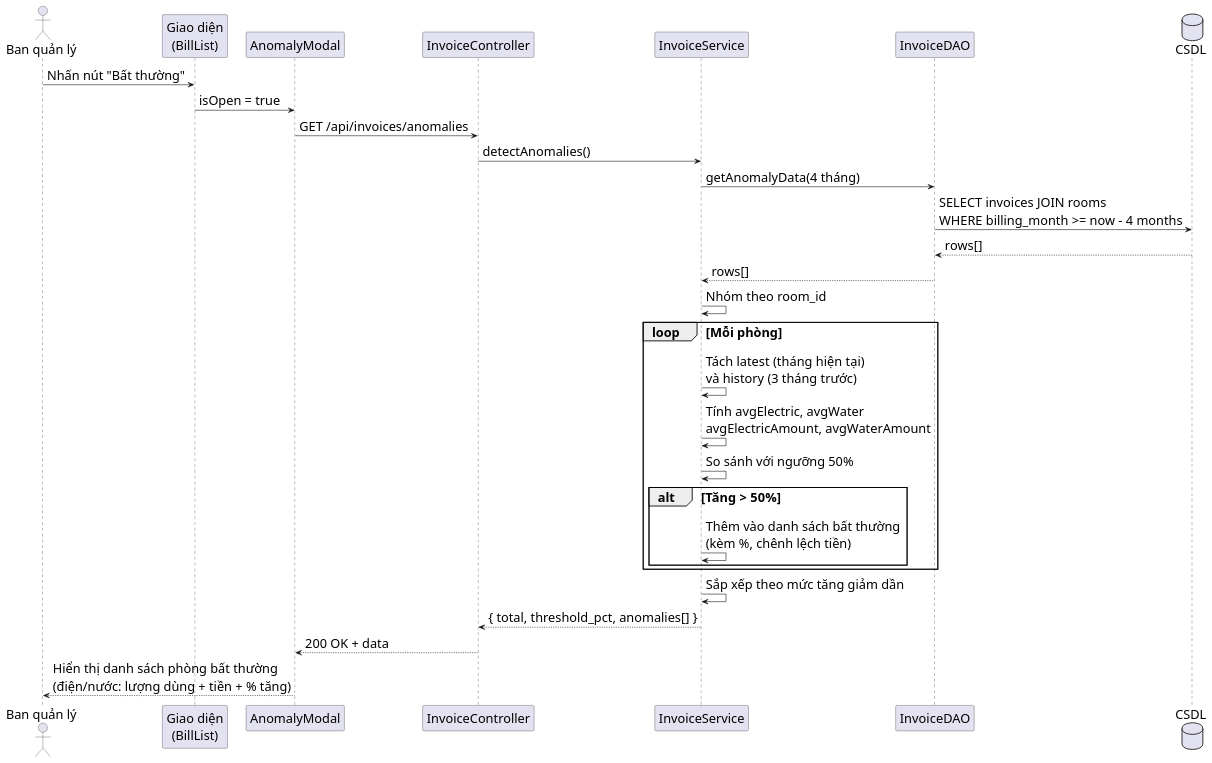
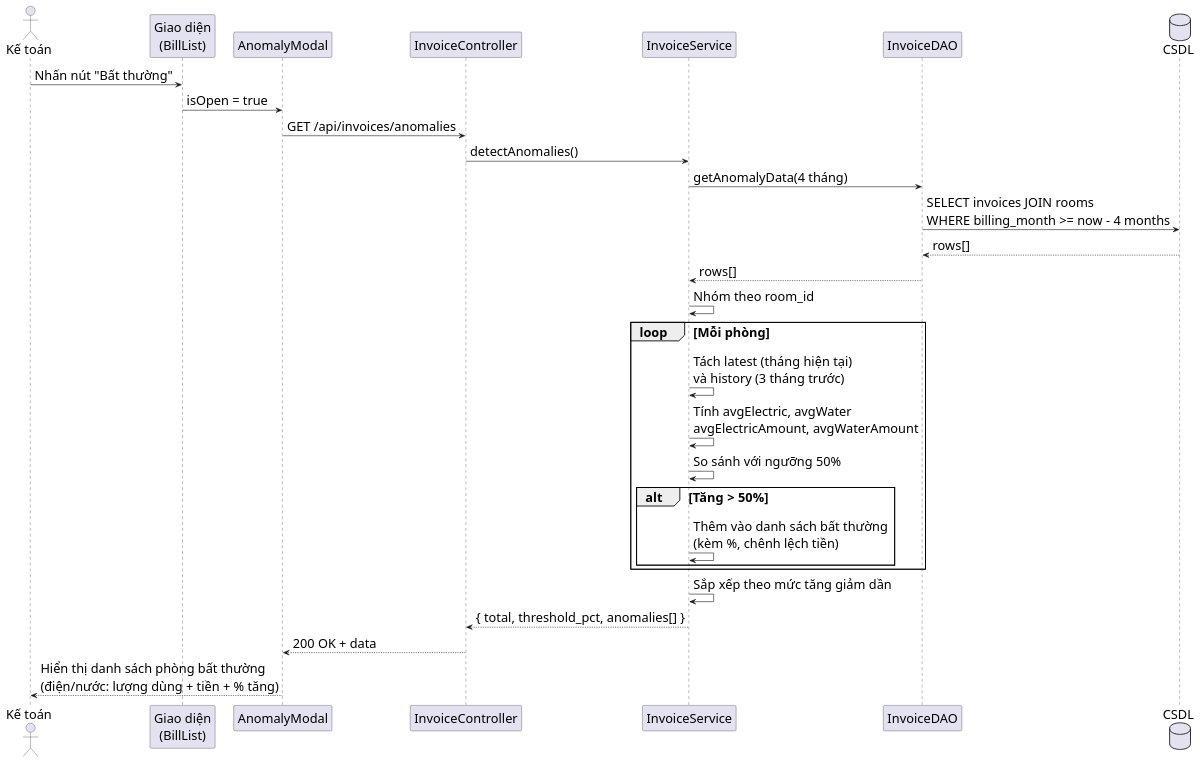
One commit to s0nbuildtech287/dormitory-frontend changed the diagram in diagrams/nhomhoadonthanhtoan/anomaly_detect_sequence.puml. Above: the diagram before and after it, drawn with PlantUML. The commit also changed 5 other files, not shown here.

```diff
--- a/diagrams/nhomhoadonthanhtoan/anomaly_detect_sequence.puml
+++ b/diagrams/nhomhoadonthanhtoan/anomaly_detect_sequence.puml
@@ -1,36 +1,36 @@
 @startuml "Anomaly Detect Sequence"
 skinparam defaultFontSize 22
 skinparam defaultFontName "Times New Roman"
 skinparam sequenceMessageSize 22
 ' Sequence Diagram: Phát hiện bất thường hóa đơn điện/nước
-actor "Ban quản lý" as Admin
+actor "Kế toán" as Accountant
 participant "Giao diện\n(BillList)" as FE
 participant "AnomalyModal" as Modal
 participant "InvoiceController" as IC
 participant "InvoiceService" as IS
 participant "InvoiceDAO" as IDAO
 database "CSDL" as DB
 
-Admin -> FE: Nhấn nút "Bất thường"
+Accountant -> FE: Nhấn nút "Bất thường"
 FE -> Modal: isOpen = true
 Modal -> IC: GET /api/invoices/anomalies
 IC -> IS: detectAnomalies()
 IS -> IDAO: getAnomalyData(4 tháng)
 IDAO -> DB: SELECT invoices JOIN rooms\nWHERE billing_month >= now - 4 months
 DB --> IDAO: rows[]
 IDAO --> IS: rows[]
 
 IS -> IS: Nhóm theo room_id
 loop Mỗi phòng
   IS -> IS: Tách latest (tháng hiện tại)\nvà history (3 tháng trước)
   IS -> IS: Tính avgElectric, avgWater\navgElectricAmount, avgWaterAmount
   IS -> IS: So sánh với ngưỡng 50%
   alt Tăng > 50%
     IS -> IS: Thêm vào danh sách bất thường\n(kèm %, chênh lệch tiền)
   end
 end
 IS -> IS: Sắp xếp theo mức tăng giảm dần
 IS --> IC: { total, threshold_pct, anomalies[] }
 IC --> Modal: 200 OK + data
-Modal --> Admin: Hiển thị danh sách phòng bất thường\n(điện/nước: lượng dùng + tiền + % tăng)
+Modal --> Accountant: Hiển thị danh sách phòng bất thường\n(điện/nước: lượng dùng + tiền + % tăng)
 @enduml
```
